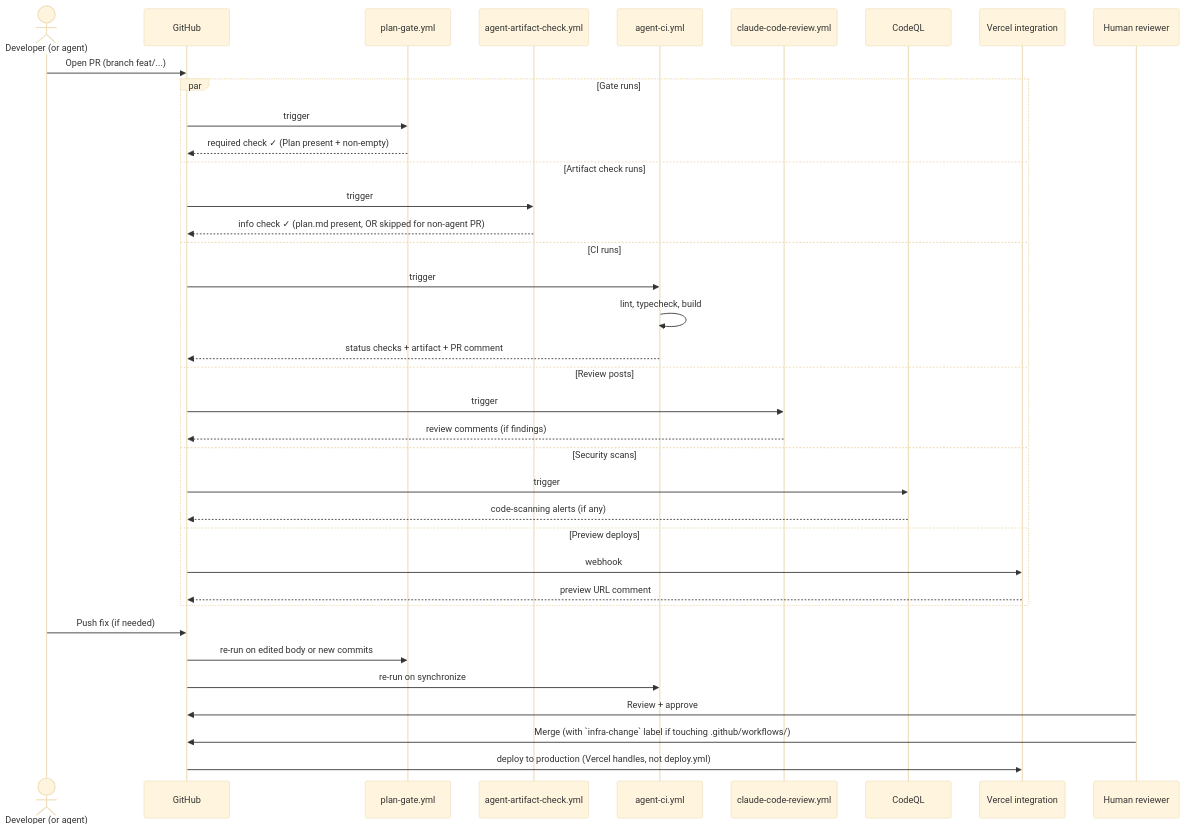
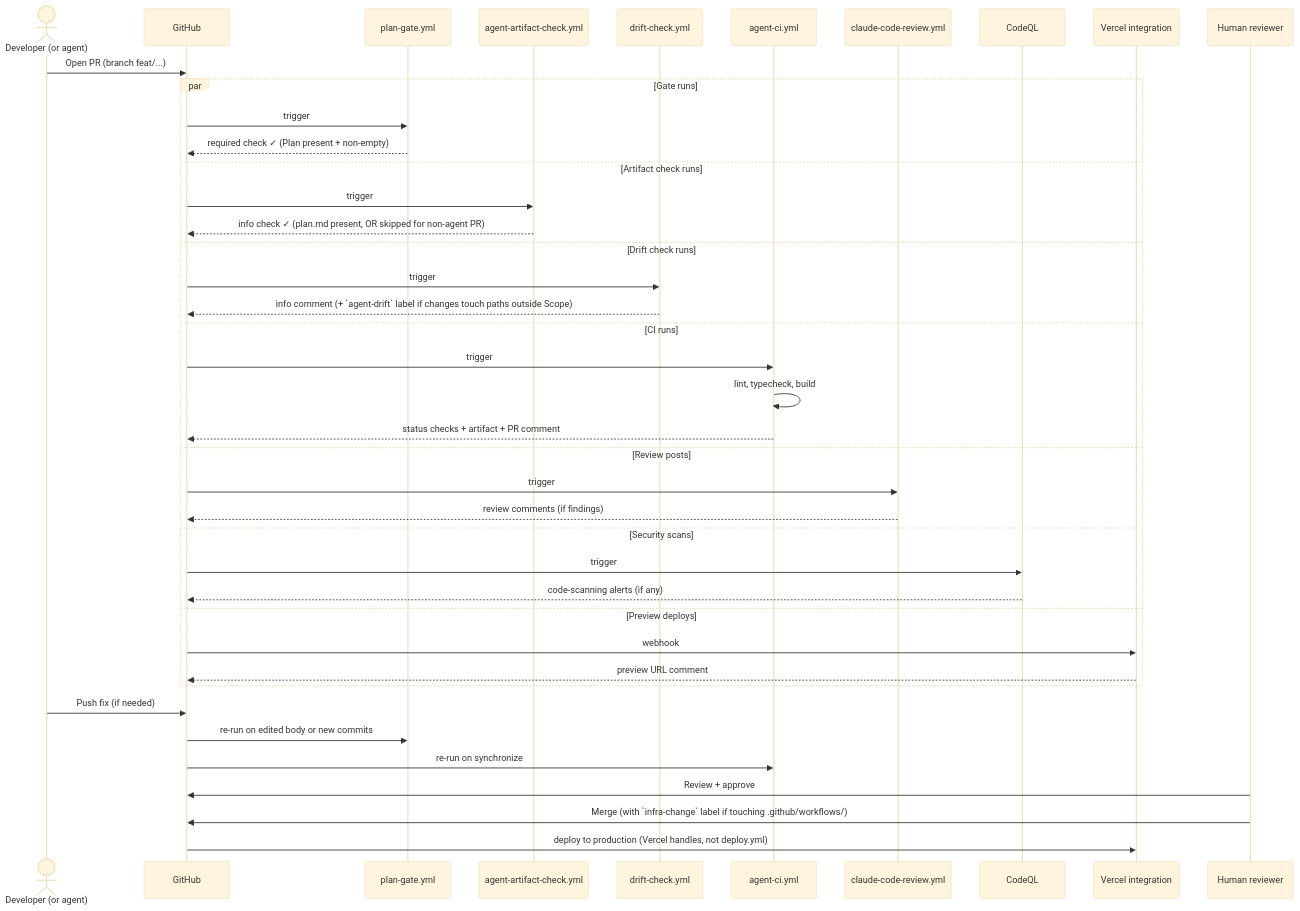
One commit to lpt-labs/london-premium-transfers changed the second of 2 diagrams in docs/WORKFLOWS.md. Above: the diagram before and after it, drawn with Mermaid (base theme). The commit also changed other lines of this file and 1 other file, not shown here.

First line of the commit message:
ci: add drift-check workflow

````diff
--- a/docs/WORKFLOWS.md
+++ b/docs/WORKFLOWS.md
@@ -80,43 +89,47 @@
 ```mermaid
 sequenceDiagram
     actor Dev as Developer (or agent)
     participant GH as GitHub
     participant Gate as plan-gate.yml
     participant Artifact as agent-artifact-check.yml
+    participant Drift as drift-check.yml
     participant CI as agent-ci.yml
     participant Review as claude-code-review.yml
     participant CodeQL as CodeQL
     participant Vercel as Vercel integration
     participant Human as Human reviewer
 
     Dev->>GH: Open PR (branch feat/...)
 
     par Gate runs
         GH->>Gate: trigger
         Gate-->>GH: required check ✓ (Plan present + non-empty)
     and Artifact check runs
         GH->>Artifact: trigger
         Artifact-->>GH: info check ✓ (plan.md present, OR skipped for non-agent PR)
+    and Drift check runs
+        GH->>Drift: trigger
+        Drift-->>GH: info comment (+ `agent-drift` label if changes touch paths outside Scope)
     and CI runs
         GH->>CI: trigger
         CI->>CI: lint, typecheck, build
         CI-->>GH: status checks + artifact + PR comment
     and Review posts
         GH->>Review: trigger
         Review-->>GH: review comments (if findings)
     and Security scans
         GH->>CodeQL: trigger
         CodeQL-->>GH: code-scanning alerts (if any)
     and Preview deploys
         GH->>Vercel: webhook
         Vercel-->>GH: preview URL comment
     end
 
     Dev->>GH: Push fix (if needed)
     GH->>Gate: re-run on edited body or new commits
     GH->>CI: re-run on synchronize
 
     Human->>GH: Review + approve
     Human->>GH: Merge (with `infra-change` label if touching .github/workflows/)
     GH->>Vercel: deploy to production (Vercel handles, not deploy.yml)
 ```
````
